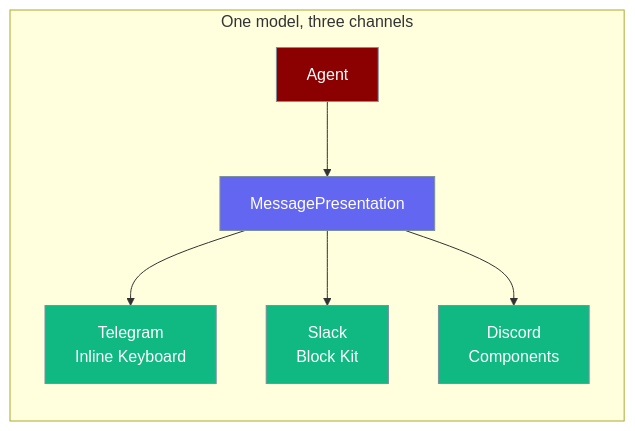
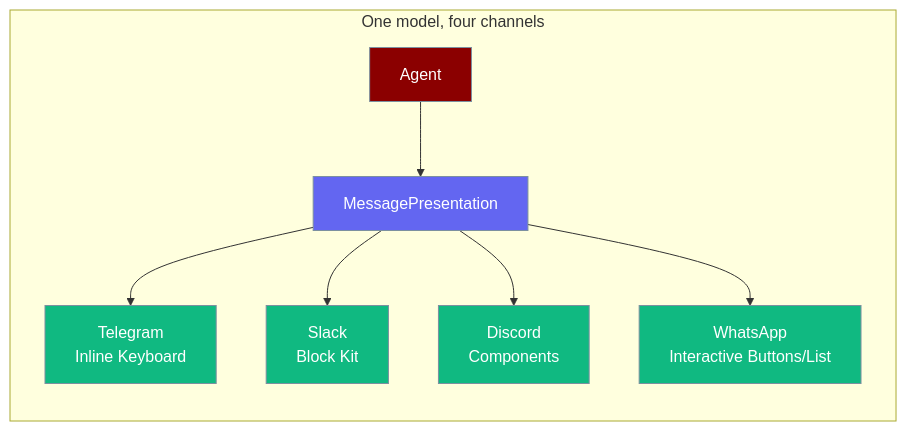
Before and after one commit to MervinPraison/PraisonAIDocs: the first of 4 diagrams in docs/features/bot-presentations.mdx, drawn with Mermaid. The commit also changed other lines of this file and 5 other files, not shown here.

First line of the commit message:
docs: WhatsApp native interactive presentations + renderer registry (fixes #1658)

````diff
--- a/docs/features/bot-presentations.mdx
+++ b/docs/features/bot-presentations.mdx
@@ -24,18 +24,19 @@
 ```mermaid
 graph LR
-    subgraph "One model, three channels"
+    subgraph "One model, four channels"
         A[Agent] --> P[MessagePresentation]
         P --> T[Telegram<br/>Inline Keyboard]
         P --> S[Slack<br/>Block Kit]
         P --> D[Discord<br/>Components]
+        P --> W[WhatsApp<br/>Interactive Buttons/List]
     end
 
     classDef agent fill:#8B0000,stroke:#7C90A0,color:#fff
     classDef model fill:#6366F1,stroke:#7C90A0,color:#fff
     classDef channel fill:#10B981,stroke:#7C90A0,color:#fff
 
     class A agent
     class P model
-    class T,S,D channel
+    class T,S,D,W channel
 
 ```
````
